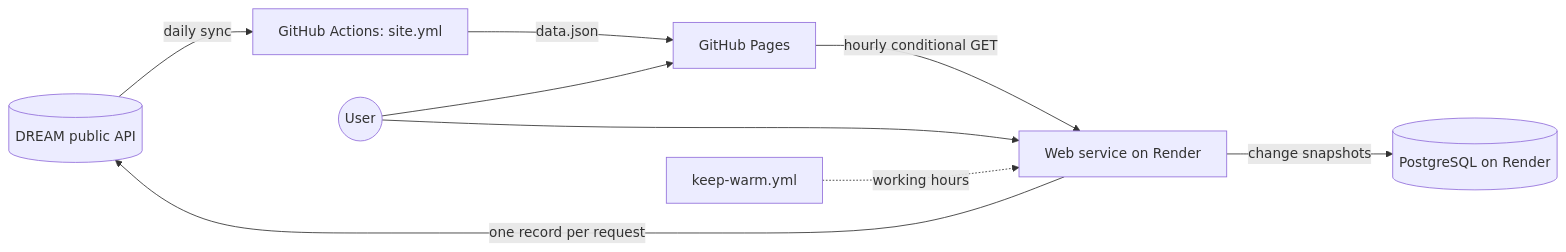
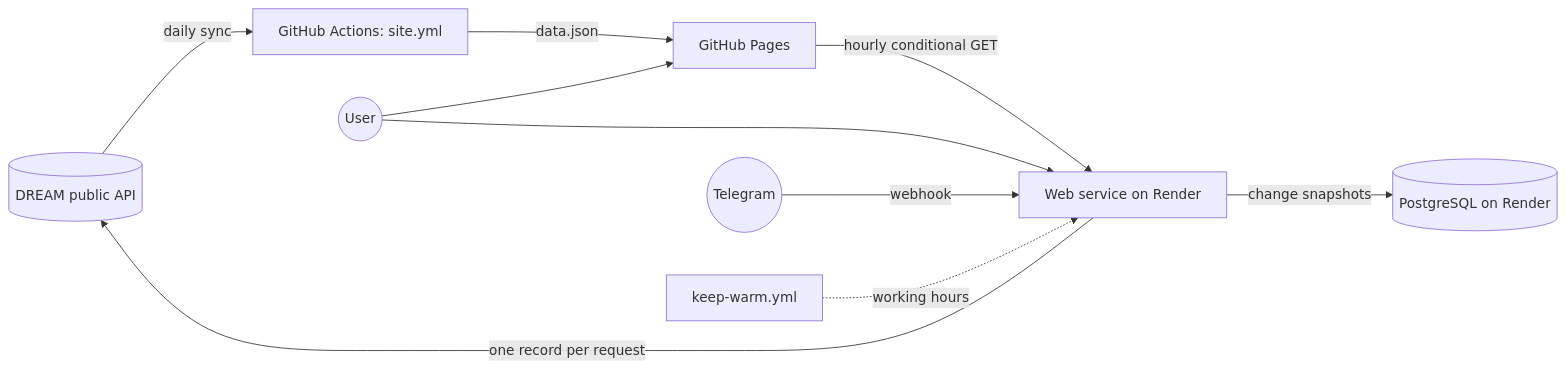
The diagram in README.en.md (maksym-garkusha/dream-povnota), drawn with Mermaid before and after one commit. The commit also changed other lines of this file and 2 other files, not shown here.

Commit message:
Describe the Telegram bot and declare its variables in render.yaml

````diff
--- a/README.en.md
+++ b/README.en.md
@@ -189,11 +190,12 @@
 ```mermaid
 flowchart LR
   DREAM[(DREAM public API)] -- daily sync --> GA[GitHub Actions: site.yml]
   GA -- data.json --> Pages[GitHub Pages]
   Pages -- hourly conditional GET --> Web[Web service on Render]
   Web -- change snapshots --> PG[(PostgreSQL on Render)]
   User((User)) --> Web
   User --> Pages
   Web -- one record per request --> DREAM
+  TG((Telegram)) -- webhook --> Web
   KW[keep-warm.yml] -. working hours .-> Web
 ```
````
